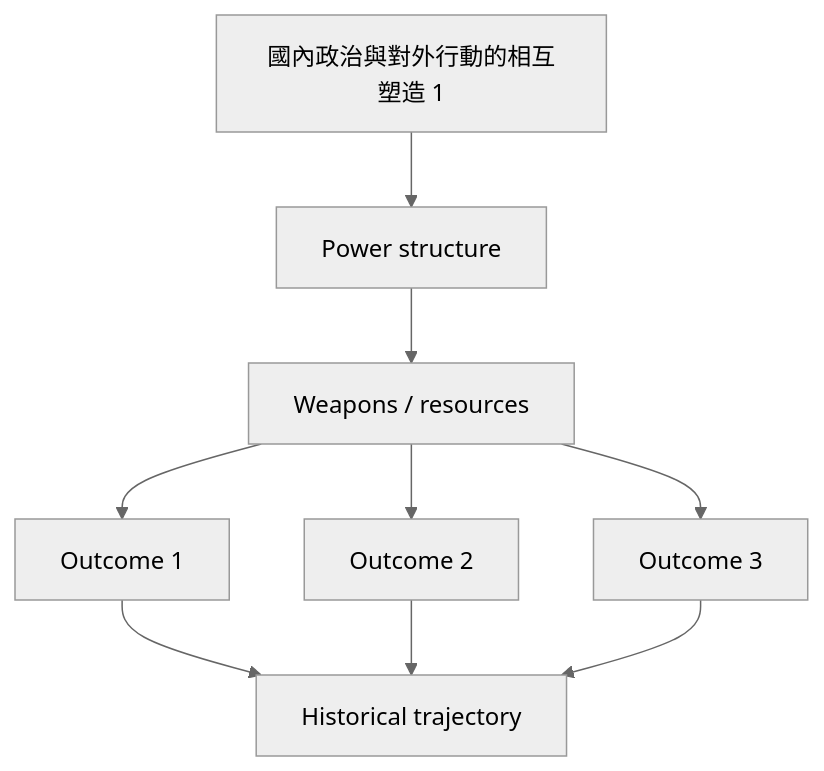
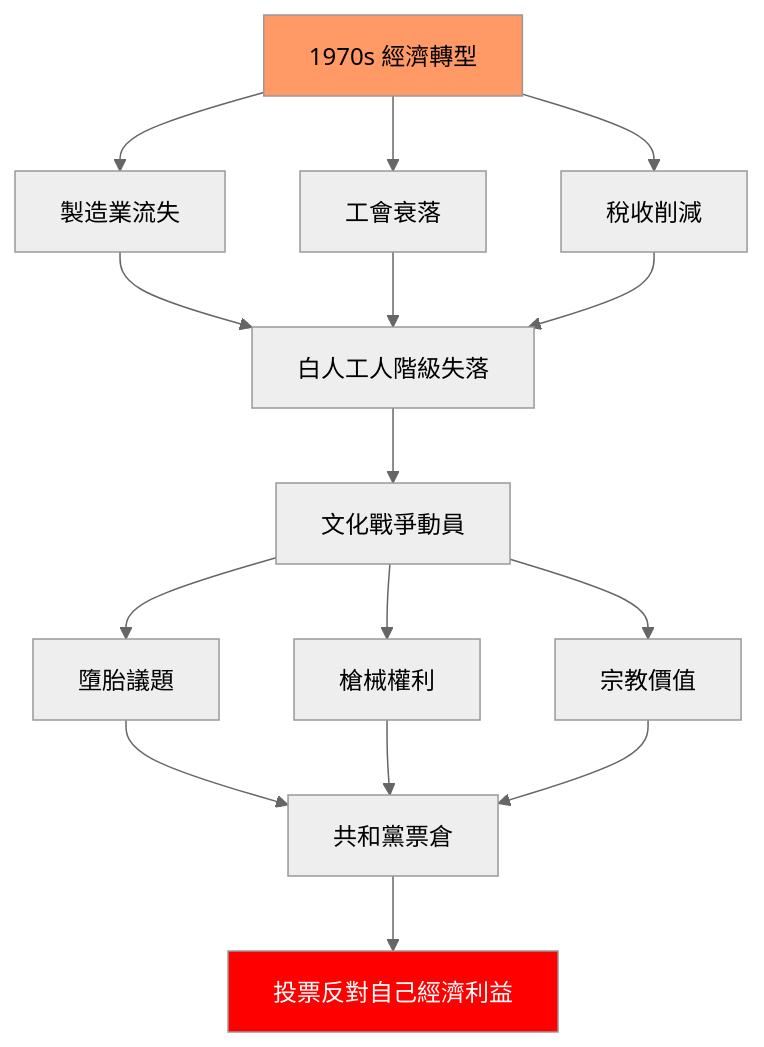
Before and after one commit to yip-lgtm/HKU-Harvard-History-Self-Study: the fifth of 10 diagrams in 01_HKU_Courses/HIST1025_Introduction_to_the_United_States.md, drawn with Mermaid (neutral theme). The commit also changed other lines of this file and 48 other files, not shown here.

````diff
--- a/01_HKU_Courses/HIST1025_Introduction_to_the_United_States.md
+++ b/01_HKU_Courses/HIST1025_Introduction_to_the_United_States.md
@@ -218,11 +338,24 @@
 ```mermaid
-graph TD
-    A[國內政治與對外行動的相互塑造 1] --> B[Power structure]
-    B --> C[Weapons / resources]
-    C --> D[Outcome 1]
-    C --> E[Outcome 2]
-    C --> F[Outcome 3]
-    D --> G[Historical trajectory]
-    E --> G
-    F --> G
+flowchart TD
+    A[1970s 經濟轉型] --> B[製造業流失]
+    A --> C[工會衰落]
+    A --> D[稅收削減]
+    
+    B --> E[白人工人階級失落]
+    C --> E
+    D --> E
+    
+    E --> F[文化戰爭動員]
+    F --> G[墮胎議題]
+    F --> H[槍械權利]
+    F --> I[宗教價值]
+    
+    G --> J[共和黨票倉]
+    H --> J
+    I --> J
+    
+    J --> K[投票反對自己經濟利益]
+    
+    style A fill:#f96,color:#000
+    style K fill:#f00,color:#fff
 ```
````
